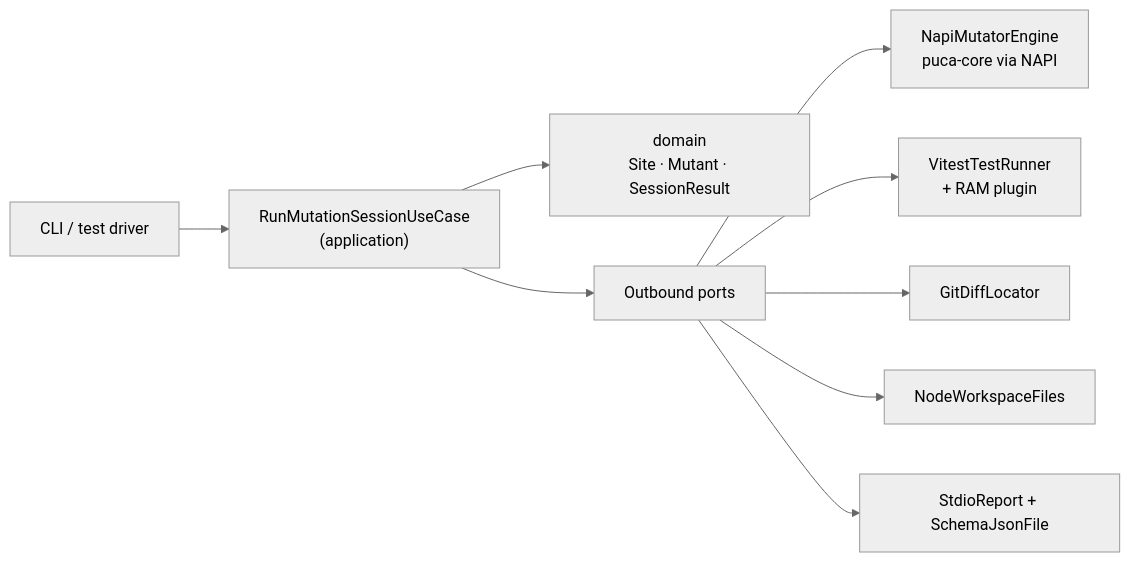
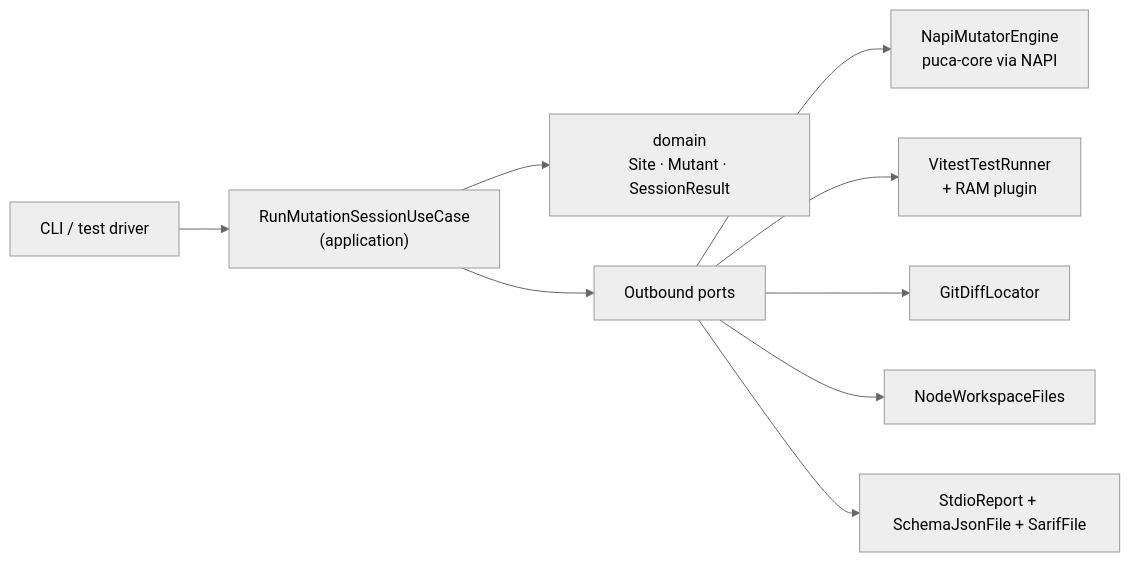
The first of 9 diagrams in ARCHITECTURE.md (RexySaragih/puca), drawn with Mermaid (neutral theme) before and after one commit. The commit also changed other lines of this file and 16 other files, not shown here.

````diff
--- a/ARCHITECTURE.md
+++ b/ARCHITECTURE.md
@@ -9,11 +9,11 @@
 ```mermaid
 flowchart LR
   Drivers["CLI / test driver"] --> UC["RunMutationSessionUseCase<br/>(application)"]
   UC --> Domain["domain<br/>Site · Mutant · SessionResult"]
   UC --> Ports["Outbound ports"]
   Ports --> Mutator["NapiMutatorEngine<br/>puca-core via NAPI"]
   Ports --> Runner["VitestTestRunner<br/>+ RAM plugin"]
   Ports --> Locator["GitDiffLocator"]
   Ports --> Files["NodeWorkspaceFiles"]
-  Ports --> Report["StdioReport + SchemaJsonFile"]
+  Ports --> Report["StdioReport + SchemaJsonFile + SarifFile"]
 ```
````
